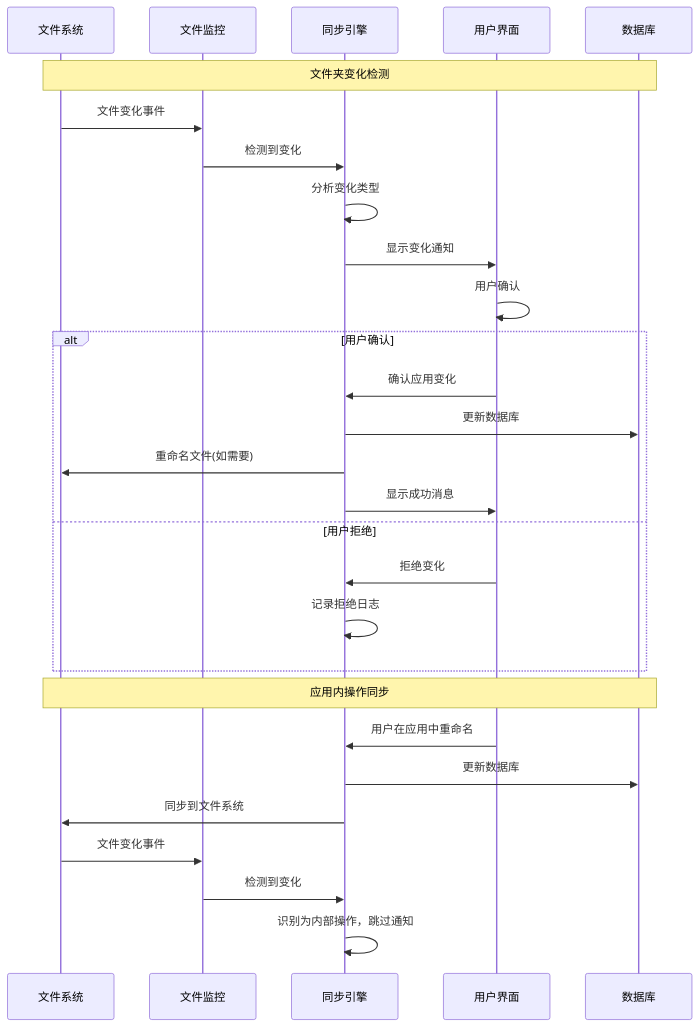
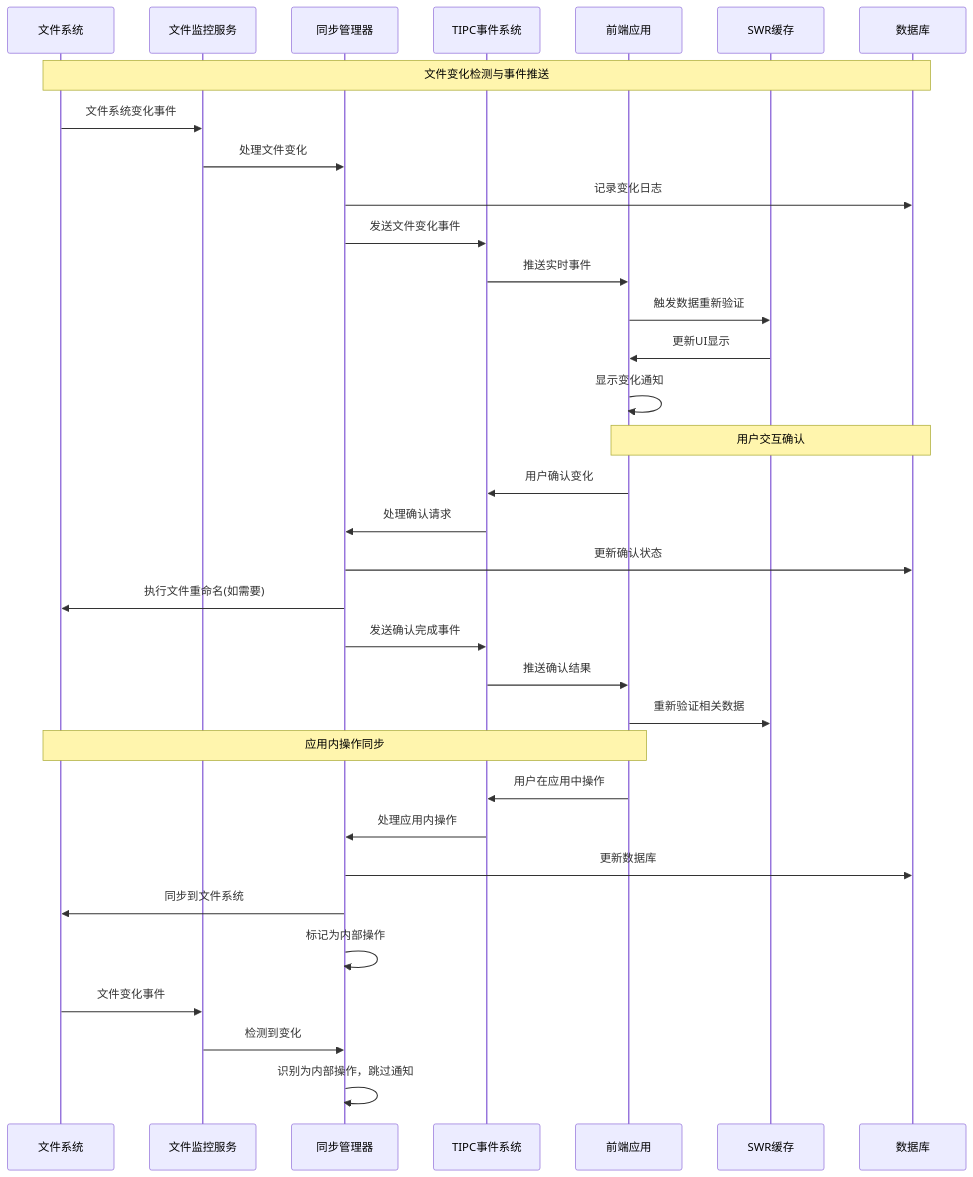
Before and after one commit to wibus-wee/ClarityFile: the second of 2 diagrams in RFCs/RFC-001-Intelligent-File-Management-and-Bidirectional-Sync.md, drawn with Mermaid. The commit also changed other lines of this file, not shown here.

Commit message:
docs(RFC): use TIPC event structure to improve the system archtechure

````diff
--- a/RFCs/RFC-001-Intelligent-File-Management-and-Bidirectional-Sync.md
+++ b/RFCs/RFC-001-Intelligent-File-Management-and-Bidirectional-Sync.md
@@ -172,34 +176,42 @@
 ```mermaid
 sequenceDiagram
     participant FS as 文件系统
-    participant Watcher as 文件监控
-    participant Engine as 同步引擎
-    participant UI as 用户界面
+    participant Watcher as 文件监控服务
+    participant SyncMgr as 同步管理器
+    participant TIPC as TIPC事件系统
+    participant Frontend as 前端应用
+    participant SWR as SWR缓存
     participant DB as 数据库
 
     %% 文件系统到应用的同步
-    Note over FS,DB: 文件夹变化检测
-    FS->>Watcher: 文件变化事件
-    Watcher->>Engine: 检测到变化
-    Engine->>Engine: 分析变化类型
-    Engine->>UI: 显示变化通知
-    UI->>UI: 用户确认
-    alt 用户确认
-        UI->>Engine: 确认应用变化
-        Engine->>DB: 更新数据库
-        Engine->>FS: 重命名文件(如需要)
-        Engine->>UI: 显示成功消息
-    else 用户拒绝
-        UI->>Engine: 拒绝变化
-        Engine->>Engine: 记录拒绝日志
-    end
+    Note over FS,DB: 文件变化检测与事件推送
+    FS->>Watcher: 文件系统变化事件
+    Watcher->>SyncMgr: 处理文件变化
+    SyncMgr->>DB: 记录变化日志
+    SyncMgr->>TIPC: 发送文件变化事件
+    TIPC->>Frontend: 推送实时事件
+    Frontend->>SWR: 触发数据重新验证
+    SWR->>Frontend: 更新UI显示
+    Frontend->>Frontend: 显示变化通知
+
+    %% 用户确认流程
+    Note over Frontend,DB: 用户交互确认
+    Frontend->>TIPC: 用户确认变化
+    TIPC->>SyncMgr: 处理确认请求
+    SyncMgr->>DB: 更新确认状态
+    SyncMgr->>FS: 执行文件重命名(如需要)
+    SyncMgr->>TIPC: 发送确认完成事件
+    TIPC->>Frontend: 推送确认结果
+    Frontend->>SWR: 重新验证相关数据
 
     %% 应用到文件系统的同步
-    Note over FS,DB: 应用内操作同步
-    UI->>Engine: 用户在应用中重命名
-    Engine->>DB: 更新数据库
-    Engine->>FS: 同步到文件系统
+    Note over Frontend,FS: 应用内操作同步
+    Frontend->>TIPC: 用户在应用中操作
+    TIPC->>SyncMgr: 处理应用内操作
+    SyncMgr->>DB: 更新数据库
+    SyncMgr->>FS: 同步到文件系统
+    SyncMgr->>SyncMgr: 标记为内部操作
     FS->>Watcher: 文件变化事件
-    Watcher->>Engine: 检测到变化
-    Engine->>Engine: 识别为内部操作，跳过通知
+    Watcher->>SyncMgr: 检测到变化
+    SyncMgr->>SyncMgr: 识别为内部操作，跳过通知
 ```
````
